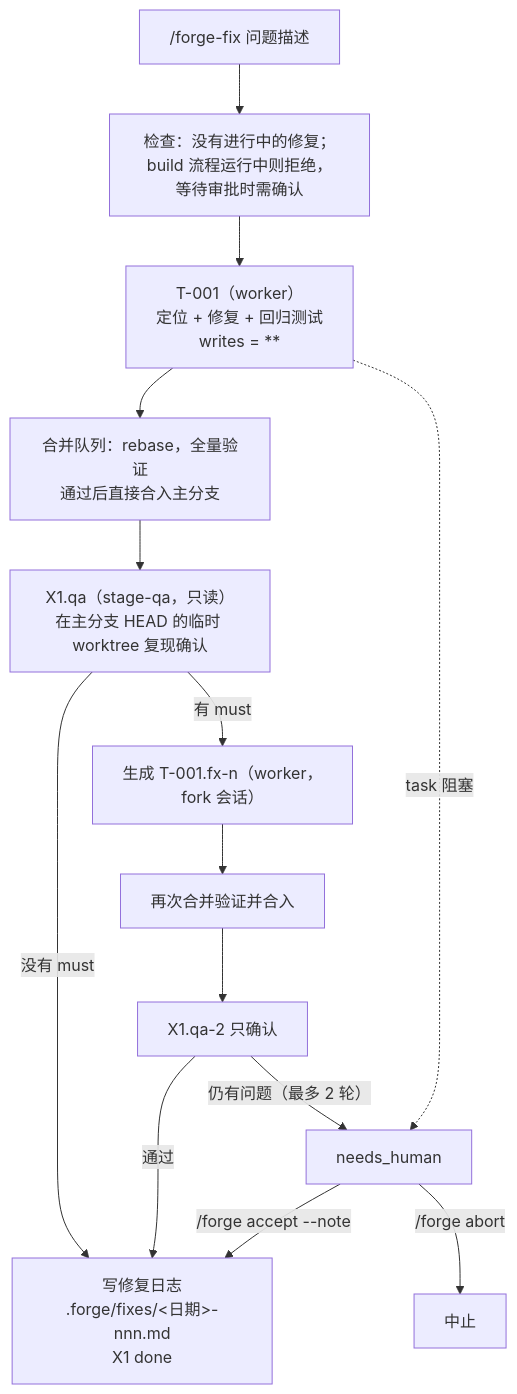
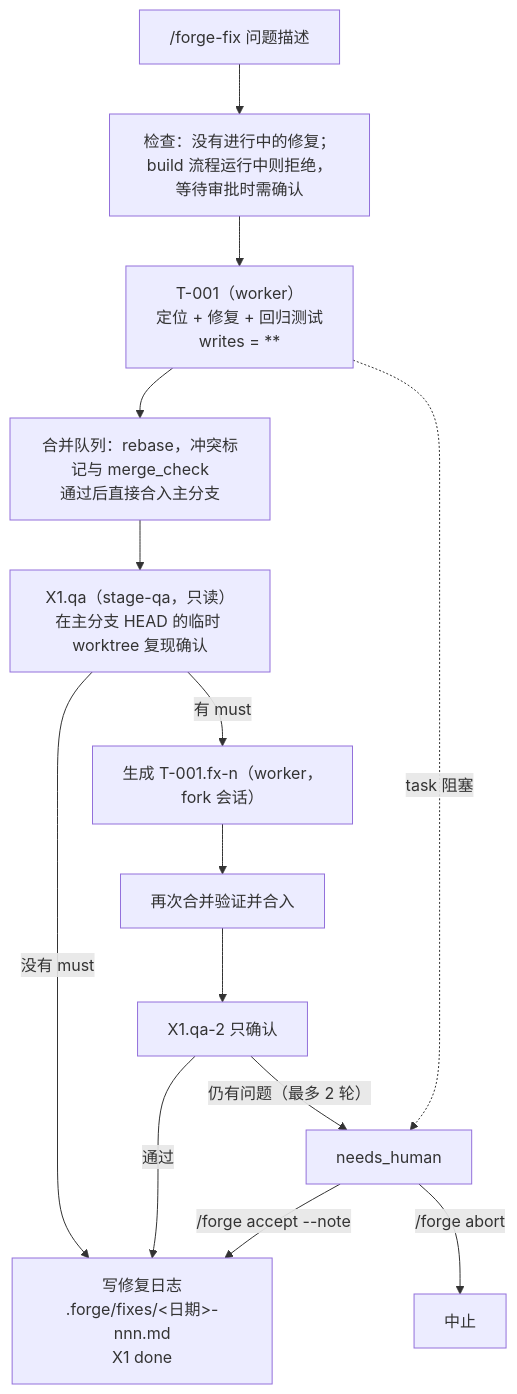
Before and after one commit to M2tHane/pi-forge: the eighth of 8 diagrams in docs/flow.md, drawn with Mermaid. The commit also changed other lines of this file and 60 other files, not shown here.

````diff
--- a/docs/flow.md
+++ b/docs/flow.md
@@ -206,16 +206,16 @@
 ```mermaid
 flowchart TD
     S["/forge-fix 问题描述"] --> C["检查：没有进行中的修复；<br/>build 流程运行中则拒绝，等待审批时需确认"]
     C --> T1["T-001（worker）<br/>定位 + 修复 + 回归测试<br/>writes = **"]
-    T1 --> M["合并队列：rebase，全量验证<br/>通过后直接合入主分支"]
+    T1 --> M["合并队列：rebase，冲突标记与 merge_check<br/>通过后直接合入主分支"]
     M --> Q1["X1.qa（stage-qa，只读）<br/>在主分支 HEAD 的临时 worktree 复现确认"]
     Q1 -->|"没有 must"| LOG["写修复日志<br/>.forge/fixes/&lt;日期&gt;-nnn.md<br/>X1 done"]
     Q1 -->|"有 must"| FX["生成 T-001.fx-n（worker，fork 会话）"]
     FX --> M2["再次合并验证并合入"]
     M2 --> Q2["X1.qa-2 只确认"]
     Q2 -->|"通过"| LOG
     Q2 -->|"仍有问题（最多 2 轮）"| NH["needs_human"]
     T1 -.->|"task 阻塞"| NH
     NH -->|"/forge accept --note"| LOG
     NH -->|"/forge abort"| X["中止"]
 ```
````
